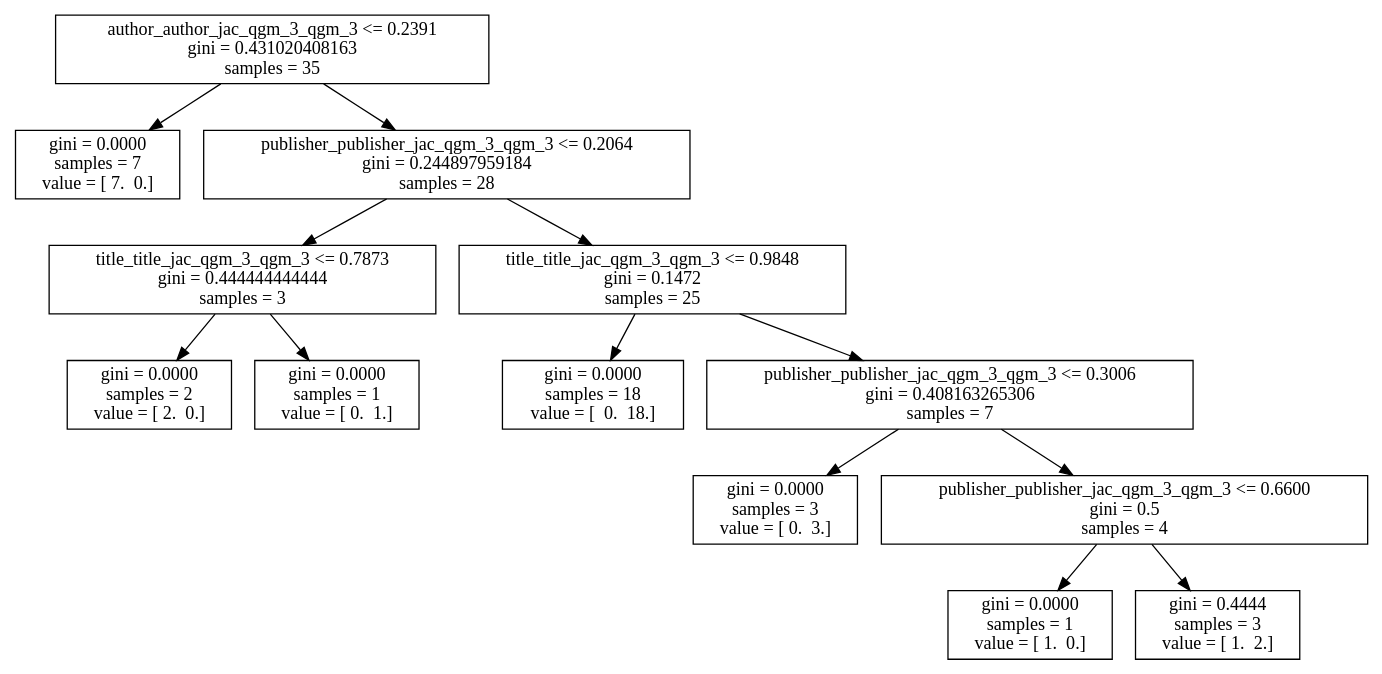
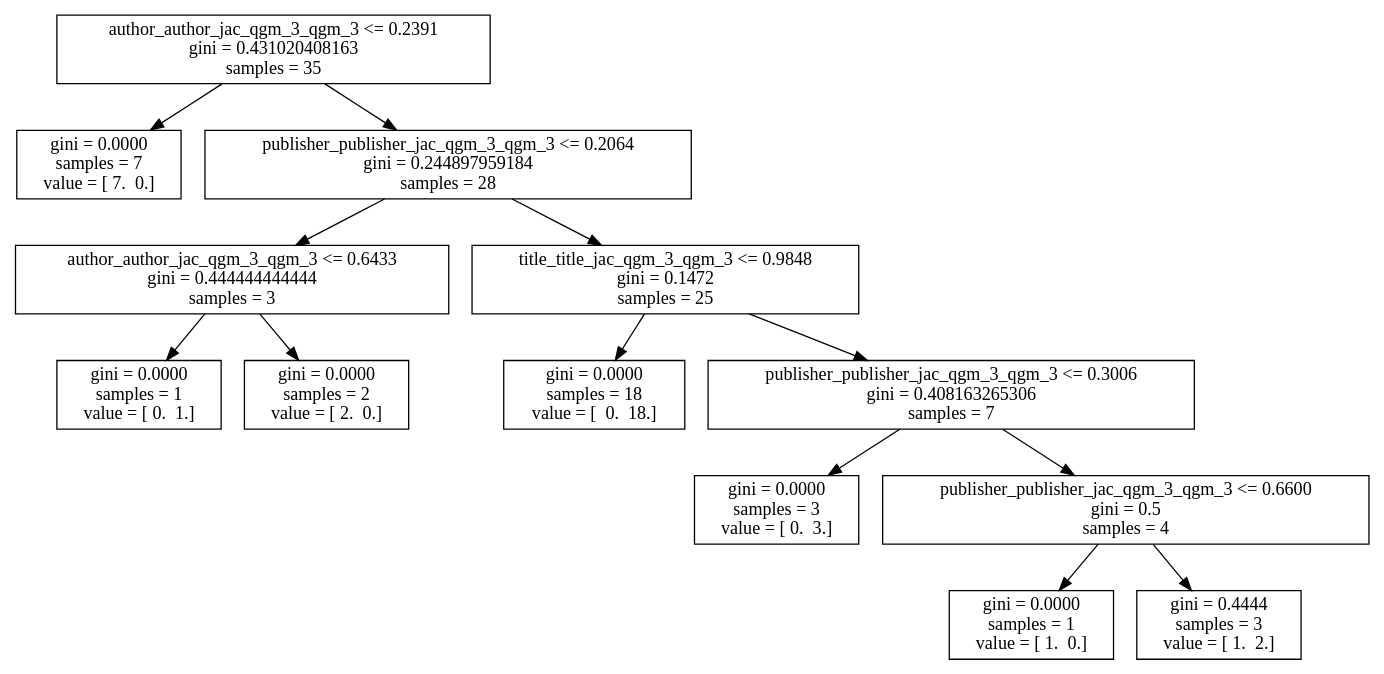
Before and after one commit to kvpradap/enrique: the diagram in notebooks/examples/dt_.dot, drawn with Graphviz. The commit also changed 259 other files, not shown here.

```diff
--- a/notebooks/examples/dt_.dot
+++ b/notebooks/examples/dt_.dot
@@ -1,27 +1,27 @@
 digraph Tree {
 0 [label="author_author_jac_qgm_3_qgm_3 <= 0.2391\ngini = 0.431020408163\nsamples = 35", shape="box"] ;
 1 [label="gini = 0.0000\nsamples = 7\nvalue = [ 7.  0.]", shape="box"] ;
 0 -> 1 ;
 2 [label="publisher_publisher_jac_qgm_3_qgm_3 <= 0.2064\ngini = 0.244897959184\nsamples = 28", shape="box"] ;
 0 -> 2 ;
-3 [label="title_title_jac_qgm_3_qgm_3 <= 0.7873\ngini = 0.444444444444\nsamples = 3", shape="box"] ;
+3 [label="author_author_jac_qgm_3_qgm_3 <= 0.6433\ngini = 0.444444444444\nsamples = 3", shape="box"] ;
 2 -> 3 ;
-4 [label="gini = 0.0000\nsamples = 2\nvalue = [ 2.  0.]", shape="box"] ;
+4 [label="gini = 0.0000\nsamples = 1\nvalue = [ 0.  1.]", shape="box"] ;
 3 -> 4 ;
-5 [label="gini = 0.0000\nsamples = 1\nvalue = [ 0.  1.]", shape="box"] ;
+5 [label="gini = 0.0000\nsamples = 2\nvalue = [ 2.  0.]", shape="box"] ;
 3 -> 5 ;
 6 [label="title_title_jac_qgm_3_qgm_3 <= 0.9848\ngini = 0.1472\nsamples = 25", shape="box"] ;
 2 -> 6 ;
 7 [label="gini = 0.0000\nsamples = 18\nvalue = [  0.  18.]", shape="box"] ;
 6 -> 7 ;
 8 [label="publisher_publisher_jac_qgm_3_qgm_3 <= 0.3006\ngini = 0.408163265306\nsamples = 7", shape="box"] ;
 6 -> 8 ;
 9 [label="gini = 0.0000\nsamples = 3\nvalue = [ 0.  3.]", shape="box"] ;
 8 -> 9 ;
 10 [label="publisher_publisher_jac_qgm_3_qgm_3 <= 0.6600\ngini = 0.5\nsamples = 4", shape="box"] ;
 8 -> 10 ;
 11 [label="gini = 0.0000\nsamples = 1\nvalue = [ 1.  0.]", shape="box"] ;
 10 -> 11 ;
 12 [label="gini = 0.4444\nsamples = 3\nvalue = [ 1.  2.]", shape="box"] ;
 10 -> 12 ;
 }
```
